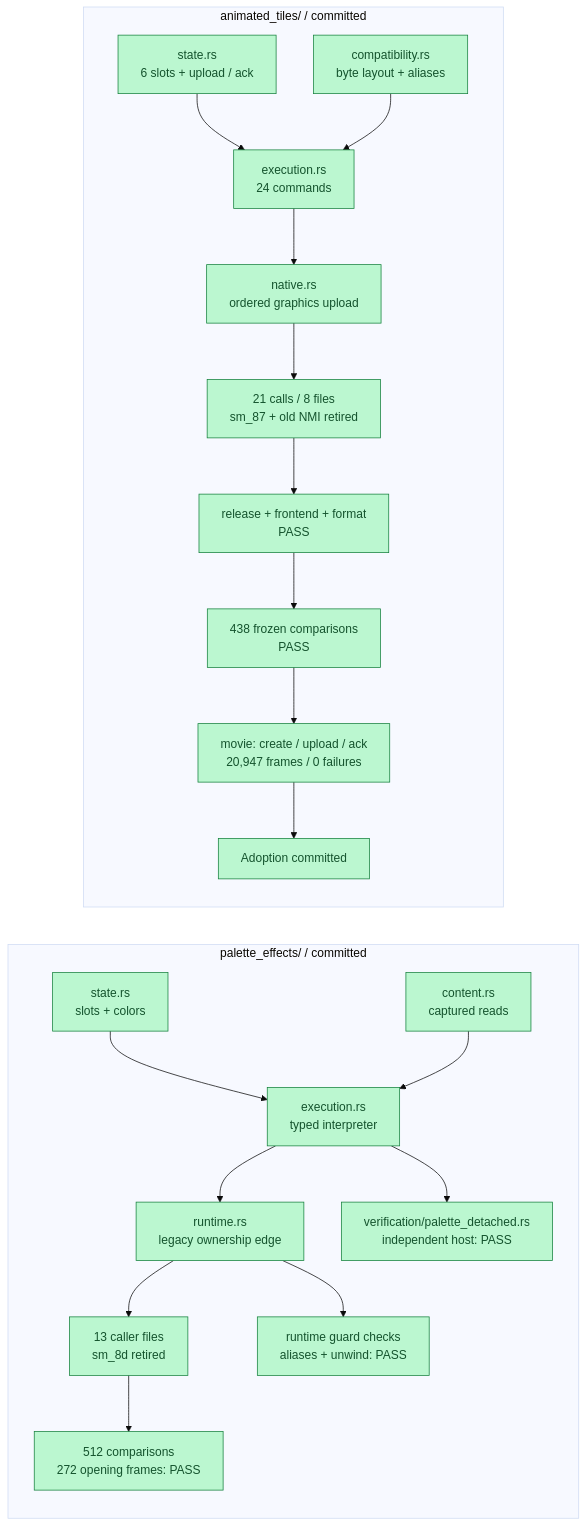
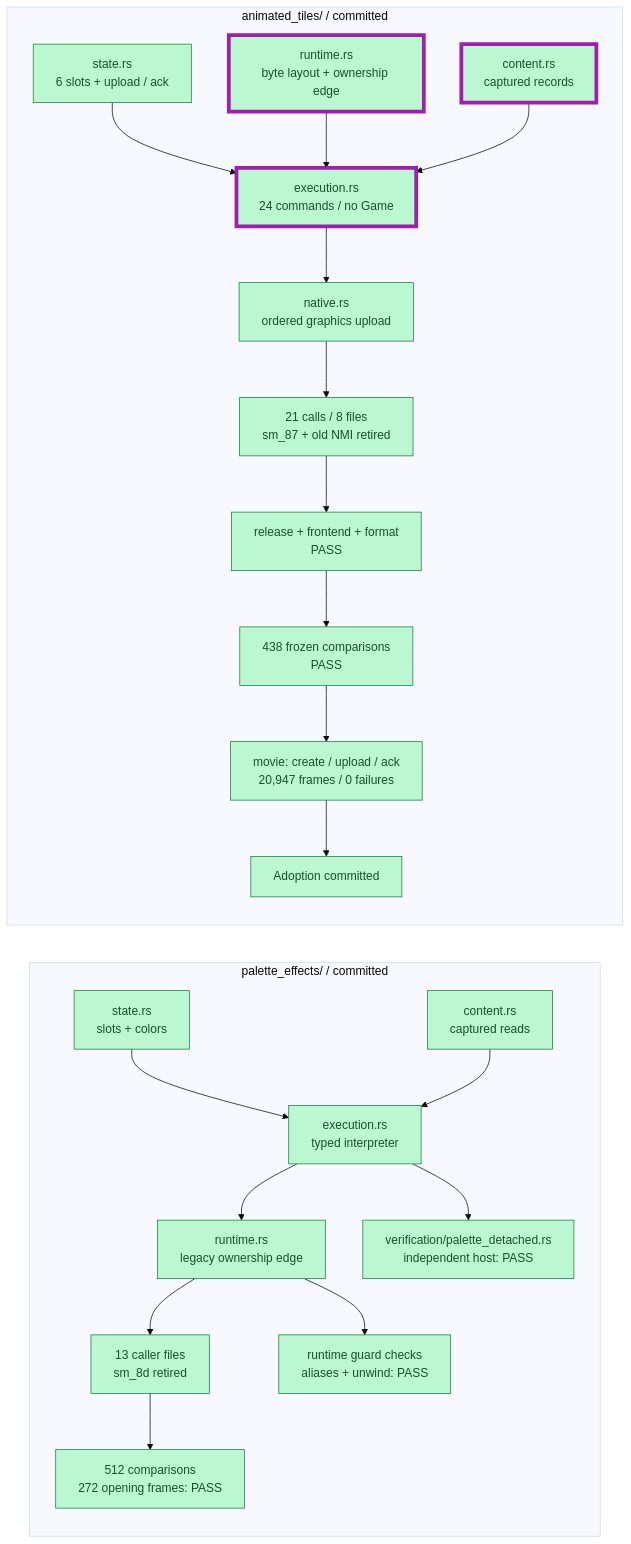
Before and after one commit to JimLundin/sm-decomp: the second of 3 diagrams in PROGRESS.md, drawn with Mermaid (base theme). The commit also changed other lines of this file and 2 other files, not shown here.

First line of the commit message:
Mark composed core adopted after hosted checks; graphical status verified

````diff
--- a/PROGRESS.md
+++ b/PROGRESS.md
@@ -45,30 +45,32 @@
 ```mermaid
 flowchart LR
     subgraph palette["palette_effects/ / committed"]
         direction TB
         PS["state.rs<br/>slots + colors"]:::done --> PE["execution.rs<br/>typed interpreter"]:::done
         PC["content.rs<br/>captured reads"]:::done --> PE
         PE --> PR["runtime.rs<br/>legacy ownership edge"]:::done
         PR --> PCL["13 caller files<br/>sm_8d retired"]:::done
         PE --> PD["verification/palette_detached.rs<br/>independent host: PASS"]:::done
         PR --> PG["runtime guard checks<br/>aliases + unwind: PASS"]:::done
         PCL --> PV["512 comparisons<br/>272 opening frames: PASS"]:::done
     end
     subgraph animation["animated_tiles/ / committed"]
         direction TB
-        AS["state.rs<br/>6 slots + upload / ack"]:::done --> AE["execution.rs<br/>24 commands"]:::done
-        AC["compatibility.rs<br/>byte layout + aliases"]:::done --> AE
+        AS["state.rs<br/>6 slots + upload / ack"]:::done --> AE["execution.rs<br/>24 commands / no Game"]:::done
+        AC["runtime.rs<br/>byte layout + ownership edge"]:::done --> AE
+        CONTENT["content.rs<br/>captured records"]:::done --> AE
         AE --> AN["native.rs<br/>ordered graphics upload"]:::done
         AN --> ACL["21 calls / 8 files<br/>sm_87 + old NMI retired"]:::done
         ACL --> AB["release + frontend + format<br/>PASS"]:::done
         AB --> AV["438 frozen comparisons<br/>PASS"]:::done
         AV --> AM["movie: create / upload / ack<br/>20,947 frames / 0 failures"]:::done
         AM --> LAND["Adoption committed"]:::done
     end
+    class AE,AC,CONTENT changed
     classDef done fill:#bbf7d0,stroke:#15803d,color:#14532d
     classDef checked fill:#bfdbfe,stroke:#2563eb,color:#1e3a8a
     classDef active fill:#fed7aa,stroke:#ea580c,color:#7c2d12
     classDef pending fill:#f1f5f9,stroke:#94a3b8,color:#475569,stroke-dasharray:5 5
     classDef changed stroke:#a21caf,stroke-width:5px
 
 ```
````
